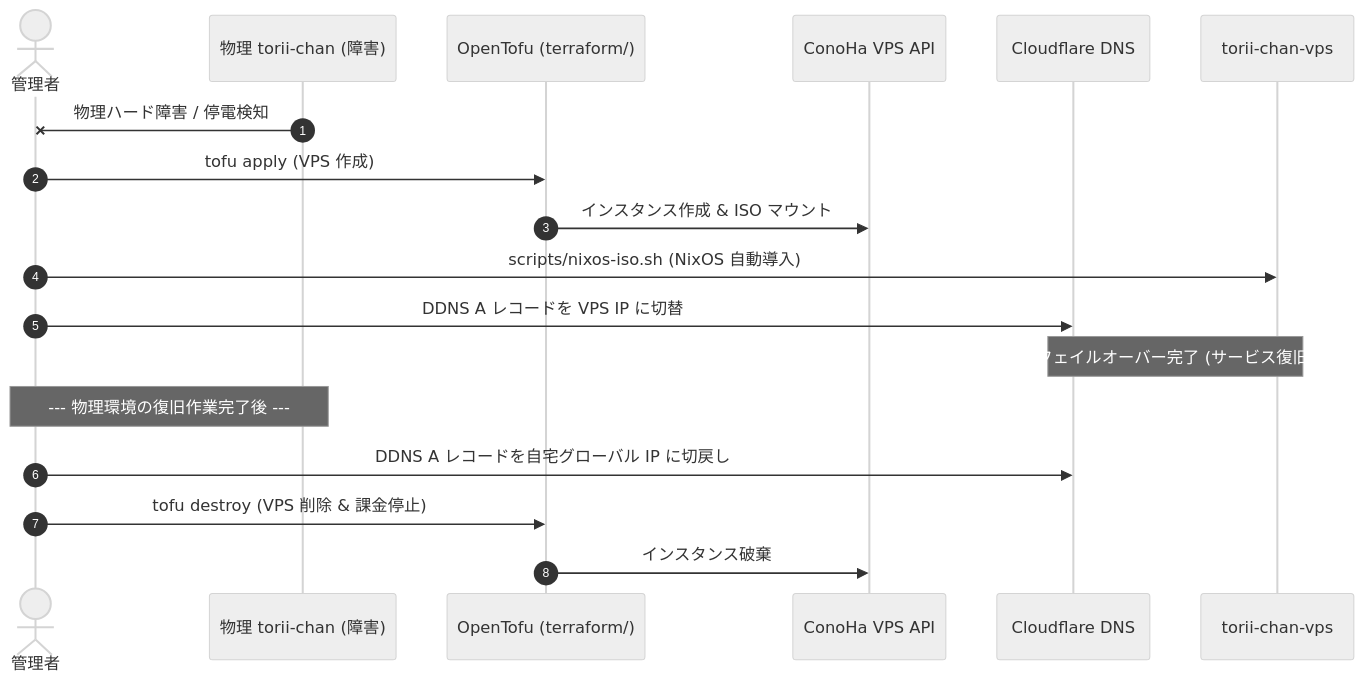
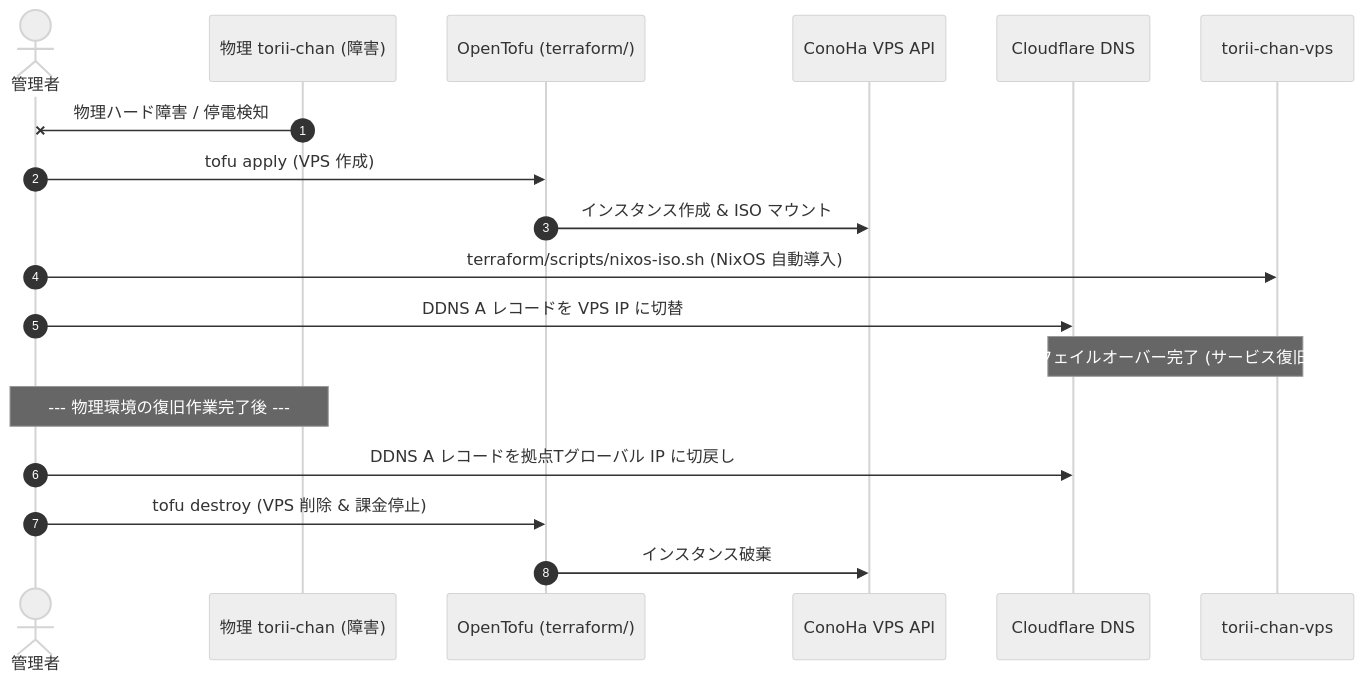
The diagram in docs/operations/vps-failover.md (t3u-tsu/nix-config), drawn with Mermaid (neutral theme) before and after one commit. The commit also changed other lines of this file and 20 other files, not shown here.

````diff
--- a/docs/operations/vps-failover.md
+++ b/docs/operations/vps-failover.md
@@ -11,22 +11,22 @@
 ```mermaid
 sequenceDiagram
     autonumber
     actor Admin as 管理者
     participant SBC as 物理 torii-chan (障害)
     participant Tofu as OpenTofu (terraform/)
     participant ConoHa as ConoHa VPS API
     participant Cloudflare as Cloudflare DNS
     participant VPS as torii-chan-vps
 
     SBC-xAdmin: 物理ハード障害 / 停電検知
     Admin->>Tofu: tofu apply (VPS 作成)
     Tofu->>ConoHa: インスタンス作成 & ISO マウント
-    Admin->>VPS: scripts/nixos-iso.sh (NixOS 自動導入)
+    Admin->>VPS: terraform/scripts/nixos-iso.sh (NixOS 自動導入)
     Admin->>Cloudflare: DDNS A レコードを VPS IP に切替
     Note over VPS,Cloudflare: フェイルオーバー完了 (サービス復旧)
 
     Note over SBC,Admin: --- 物理環境の復旧作業完了後 ---
-    Admin->>Cloudflare: DDNS A レコードを自宅グローバル IP に切戻し
+    Admin->>Cloudflare: DDNS A レコードを拠点Tグローバル IP に切戻し
     Admin->>Tofu: tofu destroy (VPS 削除 & 課金停止)
     Tofu->>ConoHa: インスタンス破棄
 ```
````
